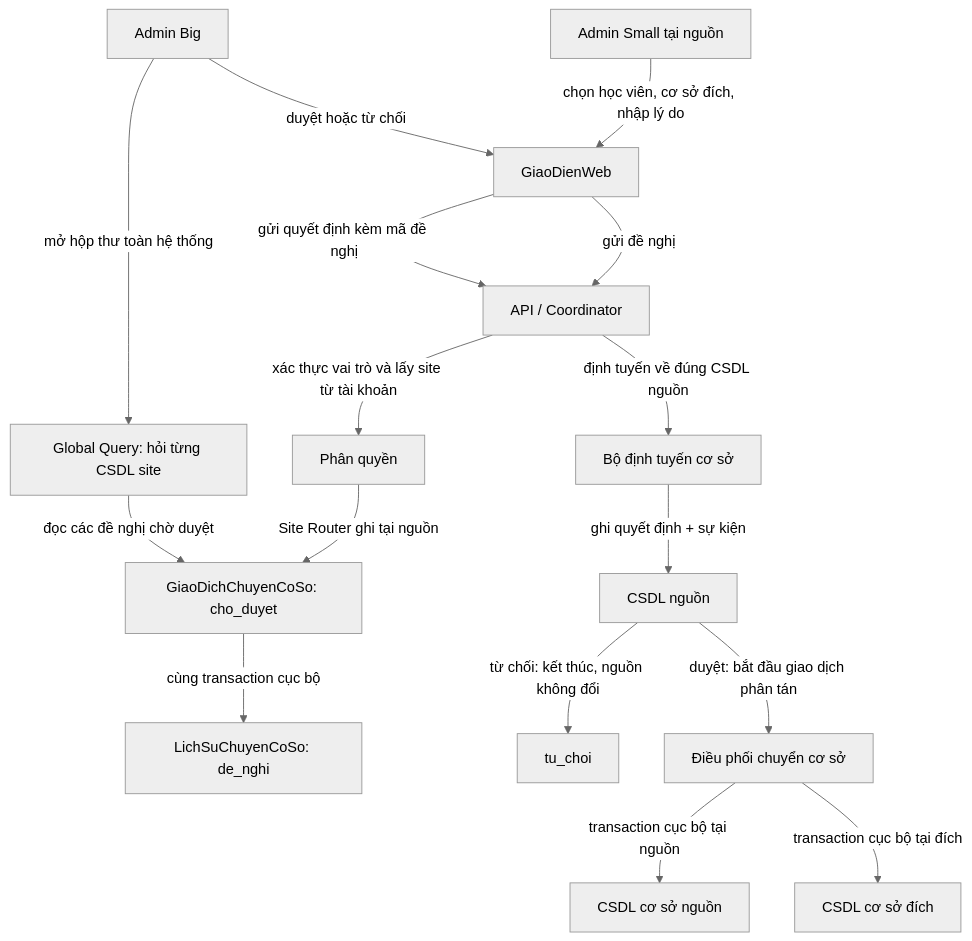
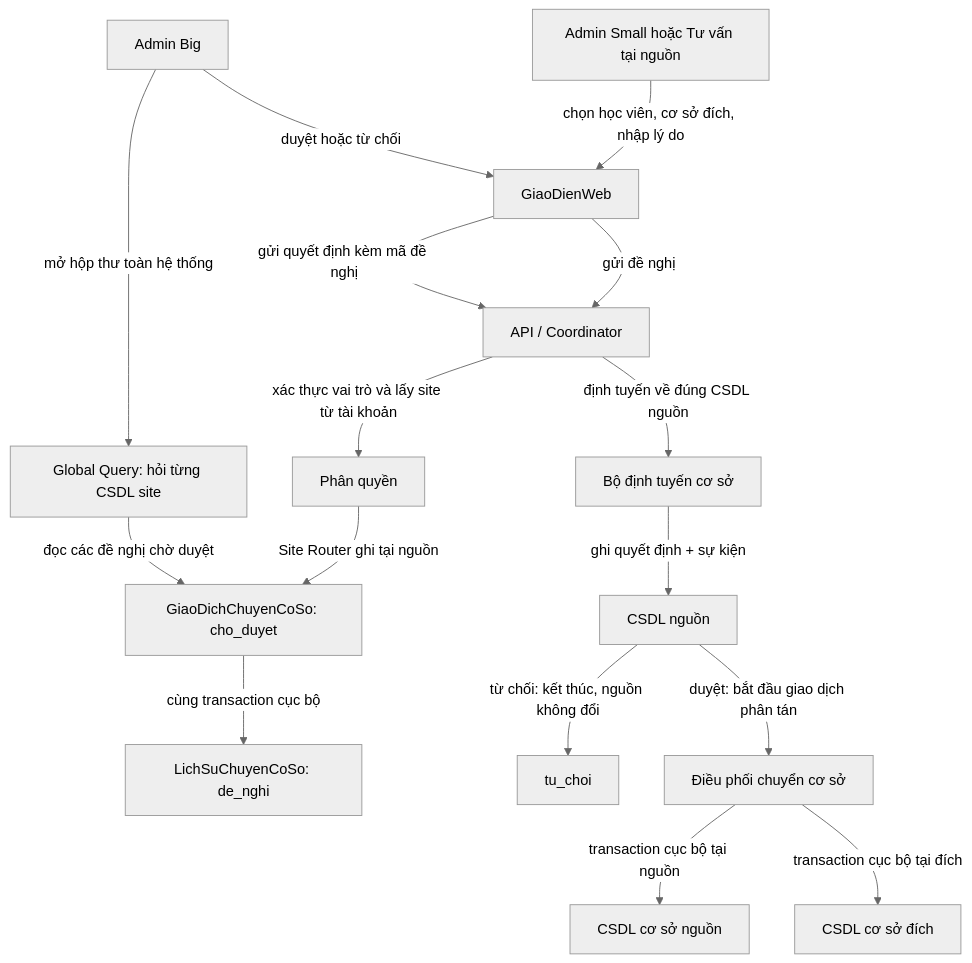
Diagram 12 of 23 in README.md (Quochieu2005/language-center-management), drawn with Mermaid (neutral theme) before and after one commit. The commit also changed other lines of this file and 17 other files, not shown here.

````diff
--- a/README.md
+++ b/README.md
@@ -383,18 +383,18 @@
 ```mermaid
 flowchart TD
-    Admin_Small["Admin Small tại nguồn"] -->|chọn học viên, cơ sở đích, nhập lý do| GiaoDienWeb["GiaoDienWeb"]
+    NguoiDeNghi["Admin Small hoặc Tư vấn tại nguồn"] -->|chọn học viên, cơ sở đích, nhập lý do| GiaoDienWeb["GiaoDienWeb"]
     GiaoDienWeb -->|gửi đề nghị| API["API / Coordinator"]
     API -->|xác thực vai trò và lấy site từ tài khoản| PhanQuyen["Phân quyền"]
     PhanQuyen -->|Site Router ghi tại nguồn| DeNghi["GiaoDichChuyenCoSo: cho_duyet"]
     DeNghi -->|cùng transaction cục bộ| SuKienDeNghi["LichSuChuyenCoSo: de_nghi"]
     Admin_Big["Admin Big"] -->|mở hộp thư toàn hệ thống| TruyVanToanCuc["Global Query: hỏi từng CSDL site"]
     TruyVanToanCuc -->|đọc các đề nghị chờ duyệt| DeNghi
     Admin_Big -->|duyệt hoặc từ chối| GiaoDienWeb
     GiaoDienWeb -->|gửi quyết định kèm mã đề nghị| API
     API -->|định tuyến về đúng CSDL nguồn| SiteRouter["Bộ định tuyến cơ sở"]
     SiteRouter -->|ghi quyết định + sự kiện| QuyetDinh["CSDL nguồn"]
     QuyetDinh -->|từ chối: kết thúc, nguồn không đổi| TuChoi["tu_choi"]
     QuyetDinh -->|duyệt: bắt đầu giao dịch phân tán| DieuPhoiChuyenCoSo["Điều phối chuyển cơ sở"]
     DieuPhoiChuyenCoSo -->|transaction cục bộ tại nguồn| CoSoNguon["CSDL cơ sở nguồn"]
     DieuPhoiChuyenCoSo -->|transaction cục bộ tại đích| CoSoDich["CSDL cơ sở đích"]
 ```
````
